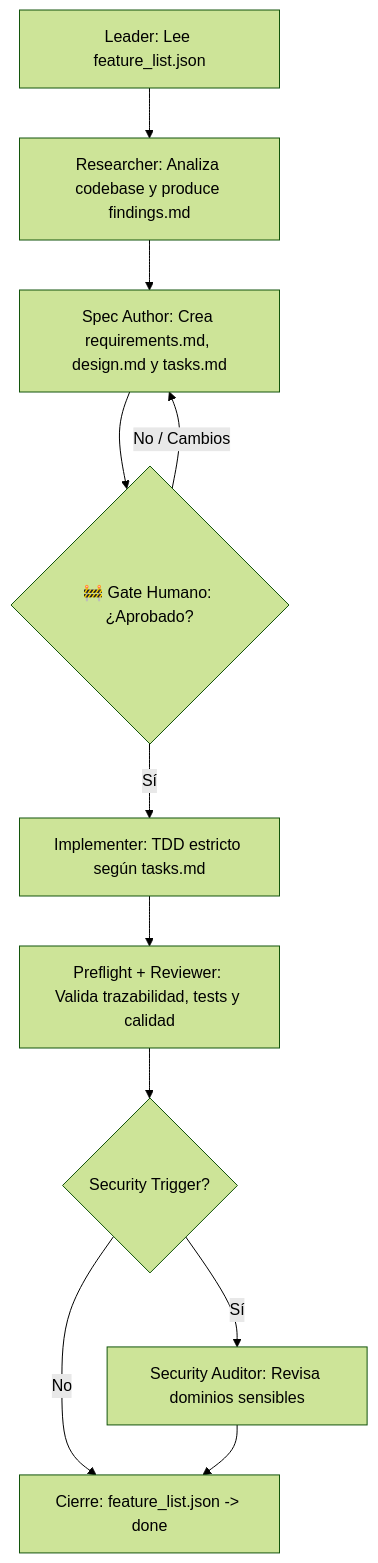
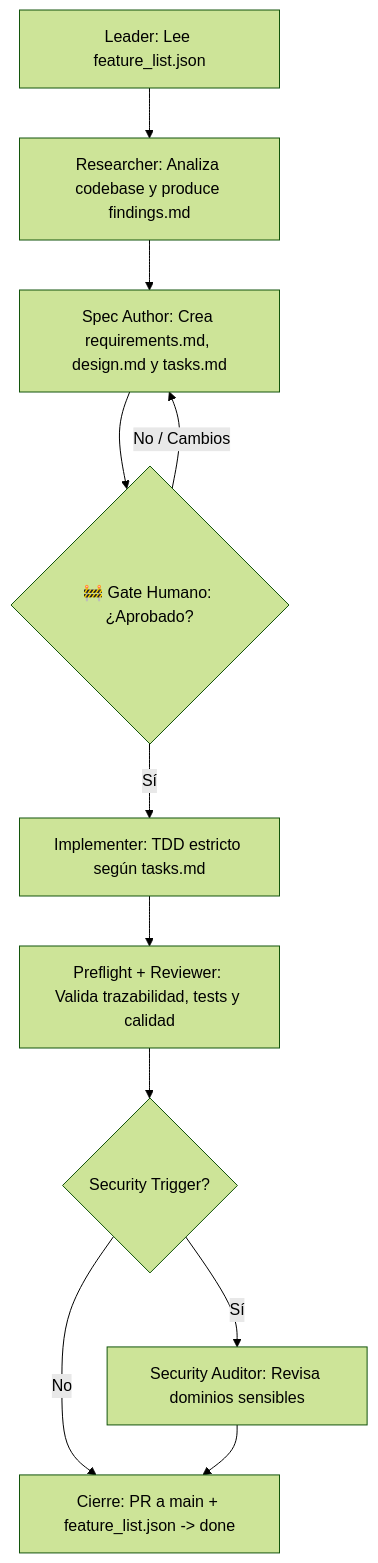
One commit to diegoolherry/Stack-Agents changed the diagram in README.md. Above: the diagram before and after it, drawn with Mermaid (forest theme). The commit also changed other lines of this file and 6 other files, not shown here.

````diff
--- a/README.md
+++ b/README.md
@@ -93,13 +93,13 @@
 ```mermaid
 graph TD
     A[Leader: Lee feature_list.json] --> B[Researcher: Analiza codebase y produce findings.md]
     B --> C[Spec Author: Crea requirements.md, design.md y tasks.md]
     C --> D{🚧 Gate Humano: ¿Aprobado?}
     D -- No / Cambios --> C
     D -- Sí --> E[Implementer: TDD estricto según tasks.md]
     E --> F[Preflight + Reviewer: Valida trazabilidad, tests y calidad]
     F --> G{Security Trigger?}
     G -- Sí --> H[Security Auditor: Revisa dominios sensibles]
-    G -- No --> I[Cierre: feature_list.json -> done]
+    G -- No --> I[Cierre: PR a main + feature_list.json -> done]
     H --> I
 ```
````
